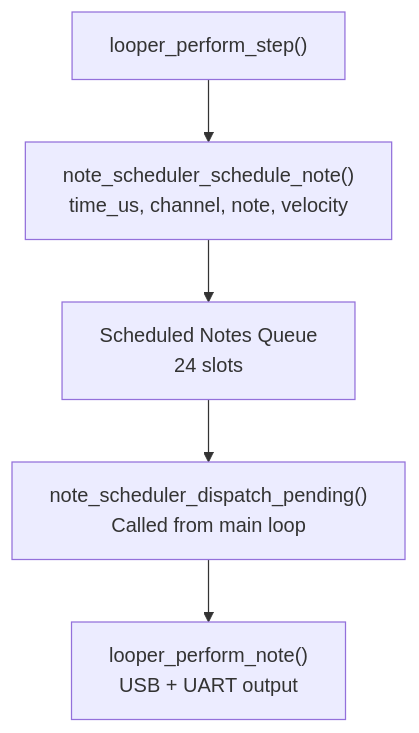
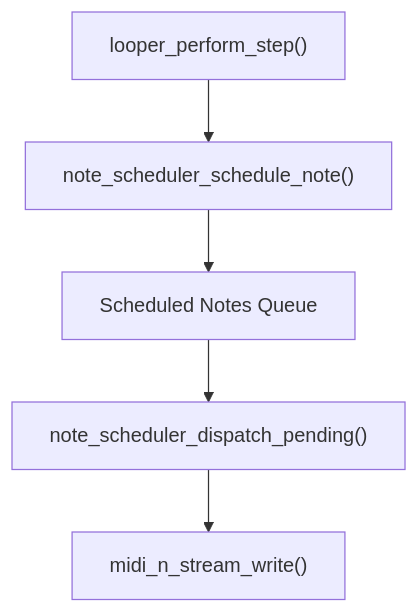
The fourth of 6 diagrams in wiki/3.1-system-components.md (Jus-Be/orinayo-pico), drawn with Mermaid before and after one commit. The commit also changed other lines of this file and 42 other files, not shown here.

````diff
--- a/wiki/3.1-system-components.md
+++ b/wiki/3.1-system-components.md
@@ -282,14 +172,14 @@
 ```mermaid
 flowchart TD
 
 Perform["looper_perform_step()"]
-Schedule["note_scheduler_schedule_note()<br>time_us, channel, note, velocity"]
-Queue["Scheduled Notes Queue<br>24 slots"]
-Dispatch["note_scheduler_dispatch_pending()<br>Called from main loop"]
-Output["looper_perform_note()<br>USB + UART output"]
+Schedule["note_scheduler_schedule_note()"]
+Queue["Scheduled Notes Queue"]
+Dispatch["note_scheduler_dispatch_pending()"]
+Output["midi_n_stream_write()"]
 
 Perform --> Schedule
 Schedule --> Queue
 Queue --> Dispatch
 Dispatch --> Output
 ```
````
